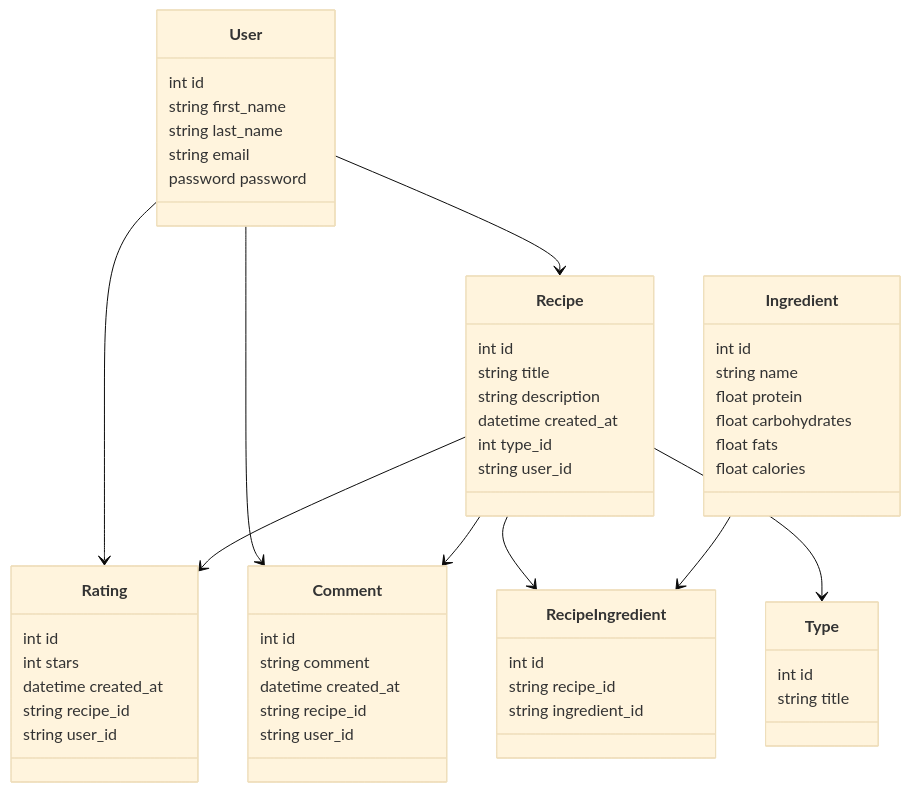
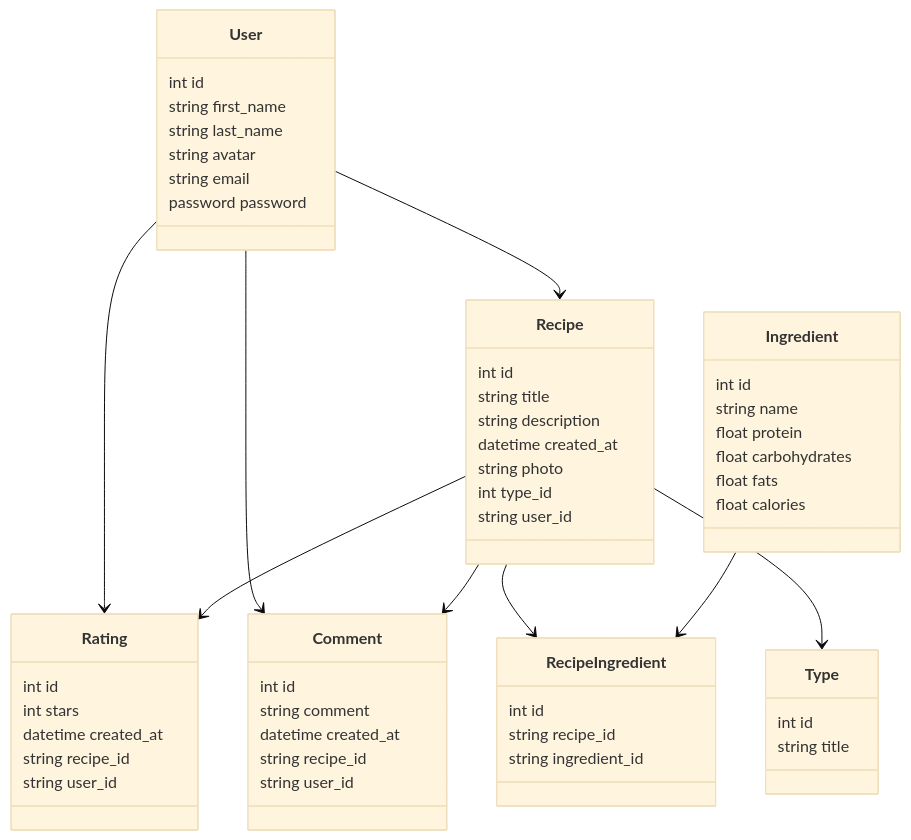
The second of 2 diagrams in README.md (gualbertocuiza/dieting), drawn with Mermaid (base theme) before and after one commit. The commit also changed other lines of this file, not shown here.

````diff
--- a/README.md
+++ b/README.md
@@ -44,55 +44,57 @@
 ```mermaid
 classDiagram
     User --> Recipe
     User --> Rating
     User --> Comment
     Recipe --> Rating
     Recipe --> Comment
     Recipe --> RecipeIngredient
     Recipe --> Type
     Ingredient --> RecipeIngredient
     User : int id
     User : string first_name
     User : string last_name
+    User : string avatar
     User : string email
     User : password password
     class Type{
       int id
       string title
     }
     class Recipe{
       int id
       string title
       string description
       datetime created_at
+      string photo
       int type_id
       string user_id
     }
     class Rating{
       int id
       int stars
       datetime created_at
       string recipe_id
       string user_id
     }
     class Comment{
       int id
       string comment
       datetime created_at
       string recipe_id
       string user_id
     }
     class Ingredient{
         int id
         string name
         float protein
         float carbohydrates
         float fats
         float calories
     }
     class RecipeIngredient{
         int id
         string recipe_id
         string ingredient_id
     }
 ```
````
